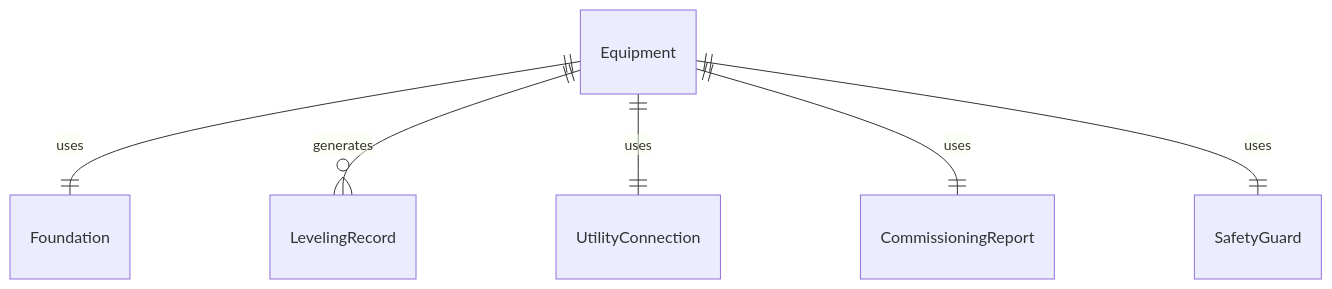
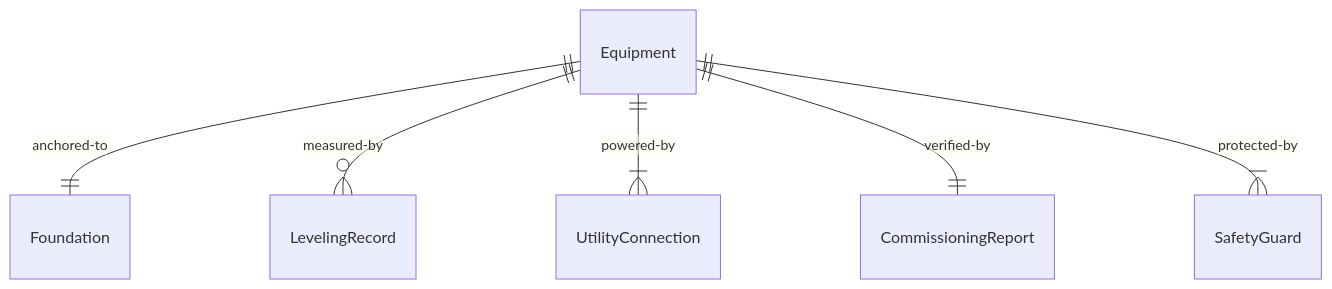
One commit to dot-org-ai/tasks.org.ai changed the first of 4 diagrams in HandlingAndMovingObjects/SetUpEquipment/SetUpMechanicalEquipment.mdx. Above: the diagram before and after it, drawn with Mermaid. The commit also changed other lines of this file and 515 other files, not shown here.

````diff
--- a/HandlingAndMovingObjects/SetUpEquipment/SetUpMechanicalEquipment.mdx
+++ b/HandlingAndMovingObjects/SetUpEquipment/SetUpMechanicalEquipment.mdx
@@ -86,8 +86,8 @@
 ```mermaid
 erDiagram
-    Equipment ||--|| Foundation : "uses"
-    Equipment ||--o{ LevelingRecord : "generates"
-    Equipment ||--|| UtilityConnection : "uses"
-    Equipment ||--|| CommissioningReport : "uses"
-    Equipment ||--|| SafetyGuard : "uses"
+    Equipment ||--|| Foundation : "anchored-to"
+    Equipment ||--o{ LevelingRecord : "measured-by"
+    Equipment ||--|{ UtilityConnection : "powered-by"
+    Equipment ||--|| CommissioningReport : "verified-by"
+    Equipment ||--|{ SafetyGuard : "protected-by"
 ```
````
